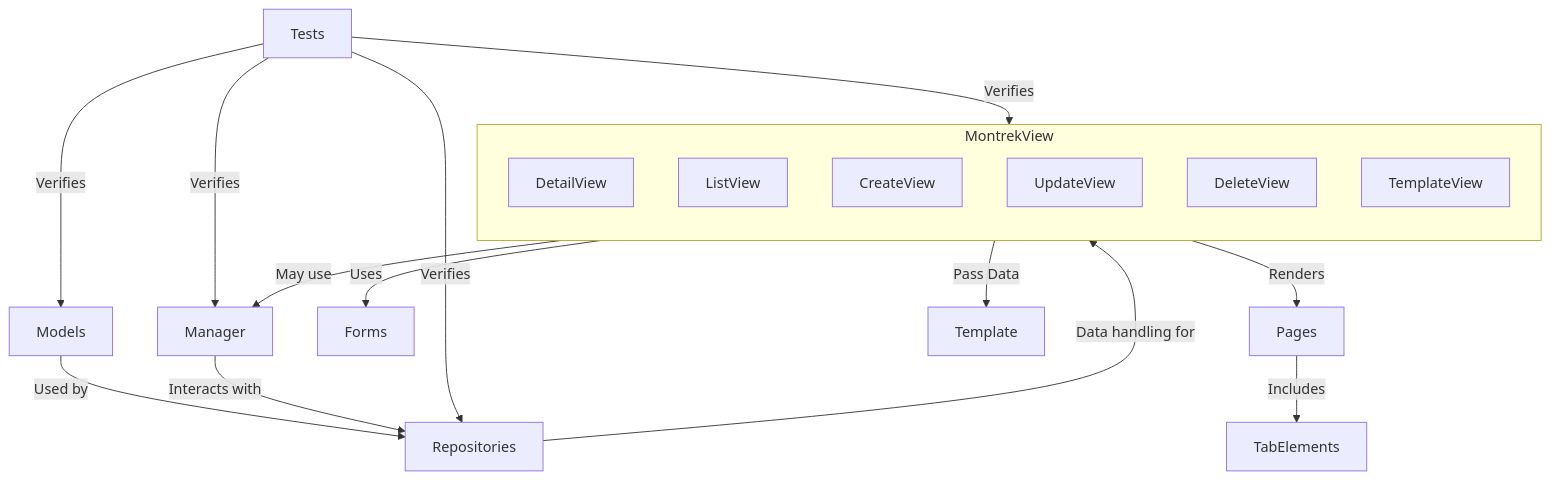
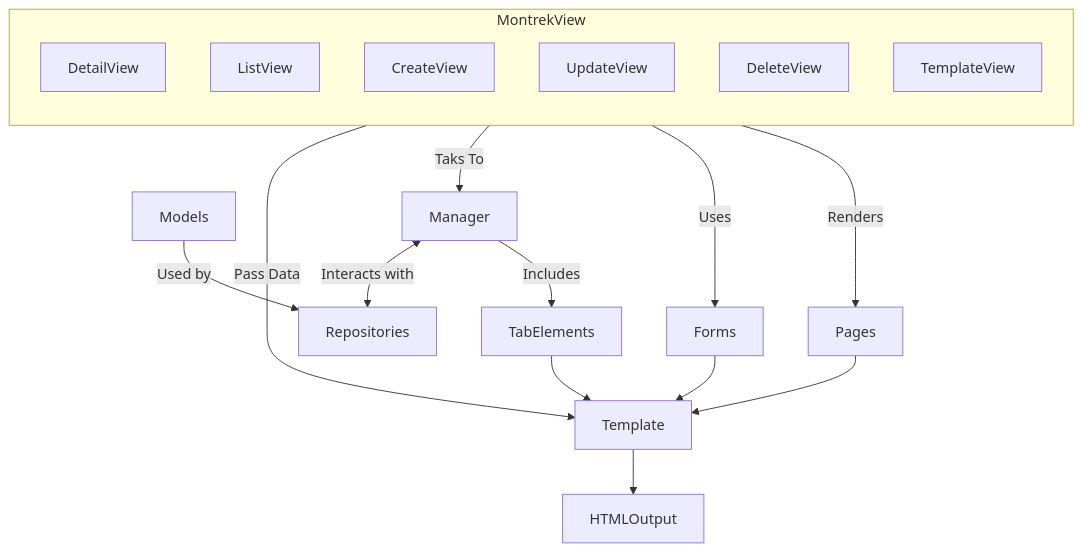
The diagram in docs/montrek_app.md (montrek-software/montrek), drawn with Mermaid before and after one commit. The commit also changed other lines of this file, not shown here.

````diff
--- a/docs/montrek_app.md
+++ b/docs/montrek_app.md
@@ -8,30 +8,30 @@
 ```mermaid
 graph TD
     Models -->|Used by| Repositories
-    Repositories -->|Data handling for| MontrekView
+   
 
     
 
     subgraph MontrekView [MontrekView]
         direction TB
         MontrekDetailView[DetailView]
         MontrekListView[ListView]
         MontrekCreateView[CreateView]
         MontrekUpdateView[UpdateView]
         MontrekDeleteView[DeleteView]
         MontrekTemplateView[TemplateView]
     end
 
     MontrekView -->|Renders| Pages
     MontrekView -->|Uses| Forms
-    MontrekView -->|May use| Manager
+    MontrekView -->|Taks To| Manager
 
-    Pages -->|Includes| TabElements
-    Manager -->|Interacts with| Repositories
-    Tests -->|Verifies| Models
-    Tests -->|Verifies| MontrekView
-    Tests -->|Verifies| Manager
-    Tests -->|Verifies| Repositories
+    Manager -->|Includes| TabElements
+    Manager <-->|Interacts with| Repositories
+    Pages --> Template
+    Forms --> Template
+    TabElements --> Template
+    Template --> HTMLOutput
 
     MontrekView --> |Pass Data| Template
 ```
````
